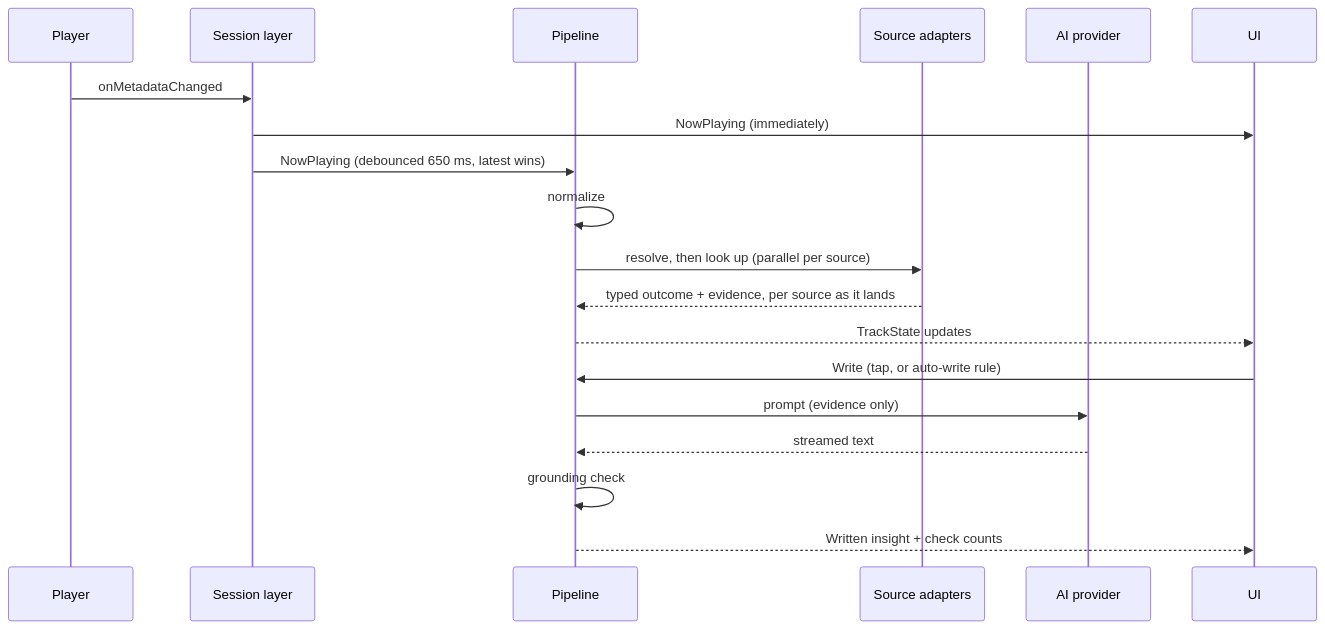
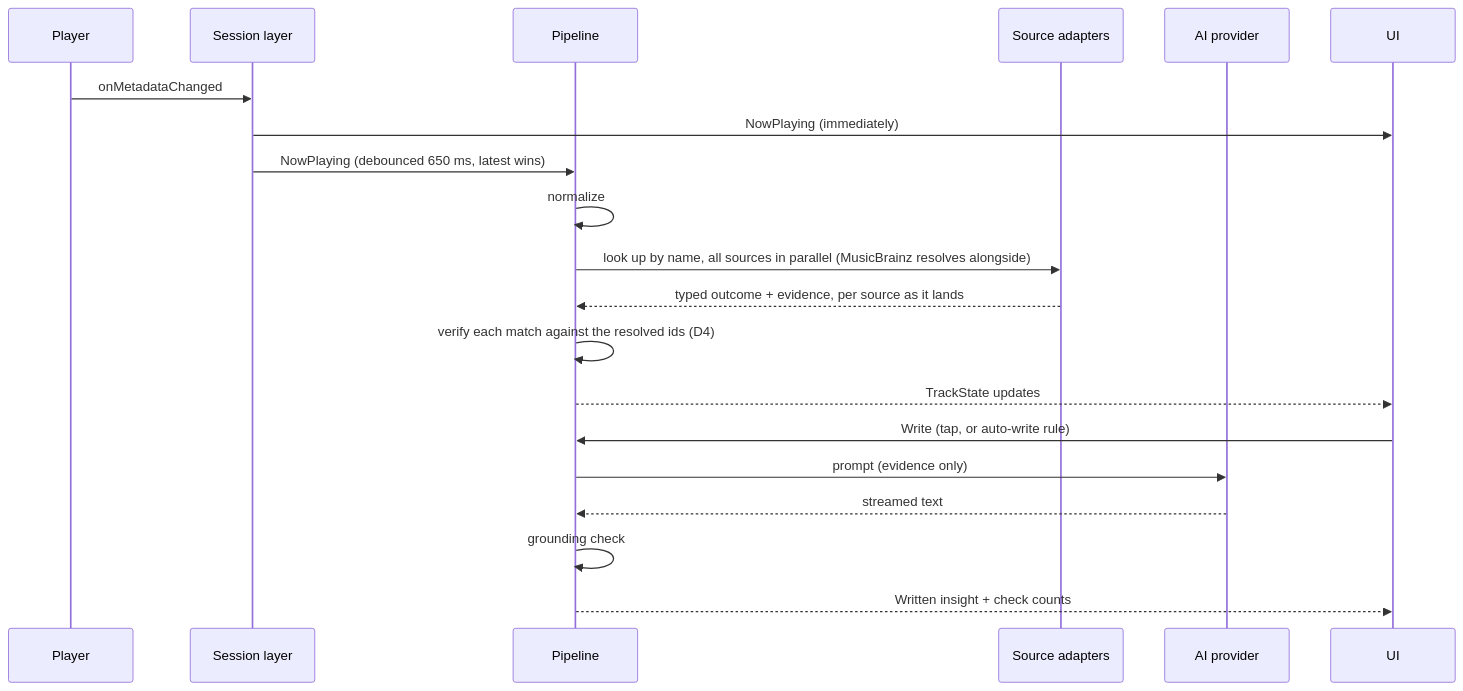
One commit to wkusnierczyk/sleevesight changed the second of 2 diagrams in design/architecture.md. Above: the diagram before and after it, drawn with Mermaid. The commit also changed other lines of this file, not shown here.

First line of the commit message:
[DOCS] Architecture: address the independent review of bf70c61

````diff
--- a/design/architecture.md
+++ b/design/architecture.md
@@ -111,21 +111,22 @@
 ```mermaid
 sequenceDiagram
   participant P as Player
   participant S as Session layer
   participant Pl as Pipeline
   participant Src as Source adapters
   participant AI as AI provider
   participant UI as UI
   P->>S: onMetadataChanged
   S->>UI: NowPlaying (immediately)
   S->>Pl: NowPlaying (debounced 650 ms, latest wins)
   Pl->>Pl: normalize
-  Pl->>Src: resolve, then look up (parallel per source)
+  Pl->>Src: look up by name, all sources in parallel (MusicBrainz resolves alongside)
   Src-->>Pl: typed outcome + evidence, per source as it lands
+  Pl->>Pl: verify each match against the resolved ids (D4)
   Pl-->>UI: TrackState updates
   UI->>Pl: Write (tap, or auto-write rule)
   Pl->>AI: prompt (evidence only)
   AI-->>Pl: streamed text
   Pl->>Pl: grounding check
   Pl-->>UI: Written insight + check counts
 ```
````
